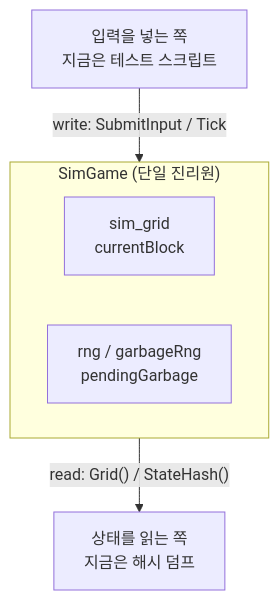
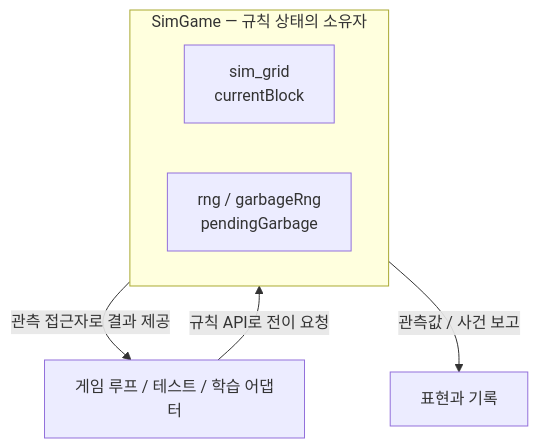
Before and after one commit to Rein-ArXiv/Tetris-Multiplayer-RL: the fifth of 7 diagrams in docs/blog/part1-deterministic-simulation.md, drawn with Mermaid. The commit also changed other lines of this file and 8 other files, not shown here.

````diff
--- a/docs/blog/part1-deterministic-simulation.md
+++ b/docs/blog/part1-deterministic-simulation.md
@@ -1395,13 +1398,12 @@
 ```mermaid
 graph TB
-    subgraph Sim["SimGame (단일 진리원)"]
+    subgraph Sim["SimGame — 규칙 상태의 소유자"]
         S1["sim_grid<br/>currentBlock"]
         S2["rng / garbageRng<br/>pendingGarbage"]
     end
-
-    Input["입력을 넣는 쪽<br/>지금은 테스트 스크립트"]
-    Output["상태를 읽는 쪽<br/>지금은 해시 덤프"]
-
-    Input -- "write: SubmitInput / Tick" --> Sim
-    Sim -- "read: Grid() / StateHash()" --> Output
+    Caller["게임 루프 / 테스트 / 학습 어댑터"]
+    View["표현과 기록"]
+    Caller -- "규칙 API로 전이 요청" --> Sim
+    Sim -- "관측 접근자로 결과 제공" --> Caller
+    Sim -- "관측값 / 사건 보고" --> View
 ```
````
